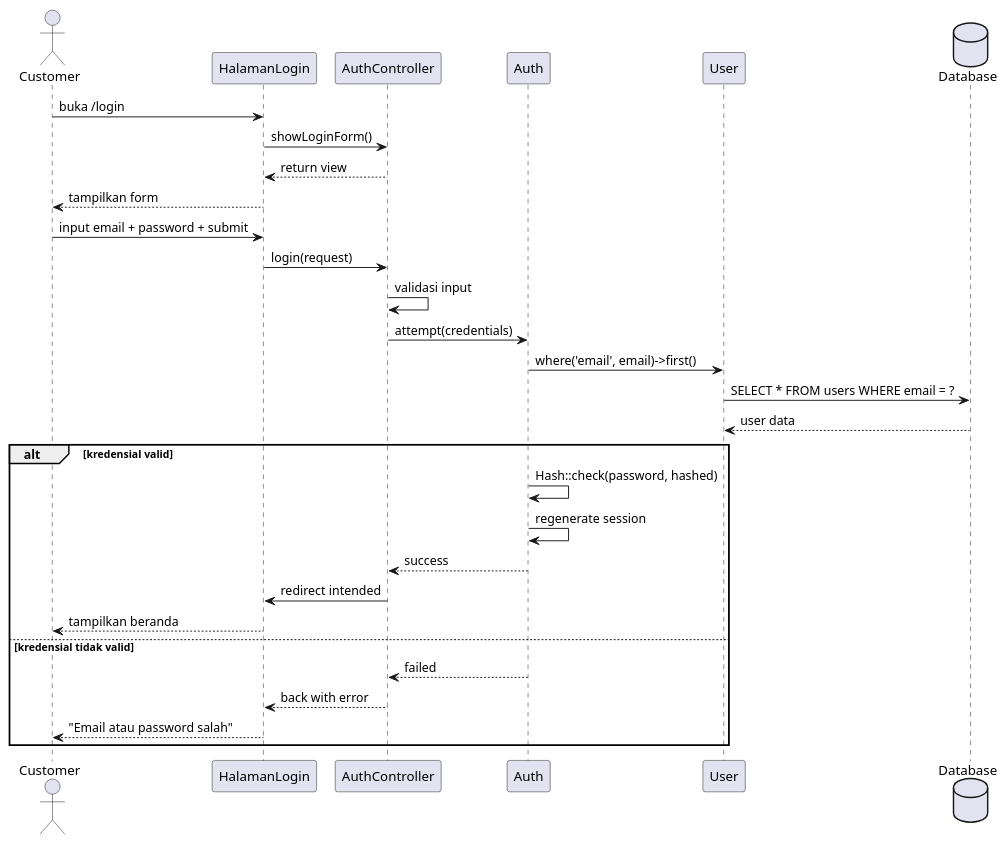
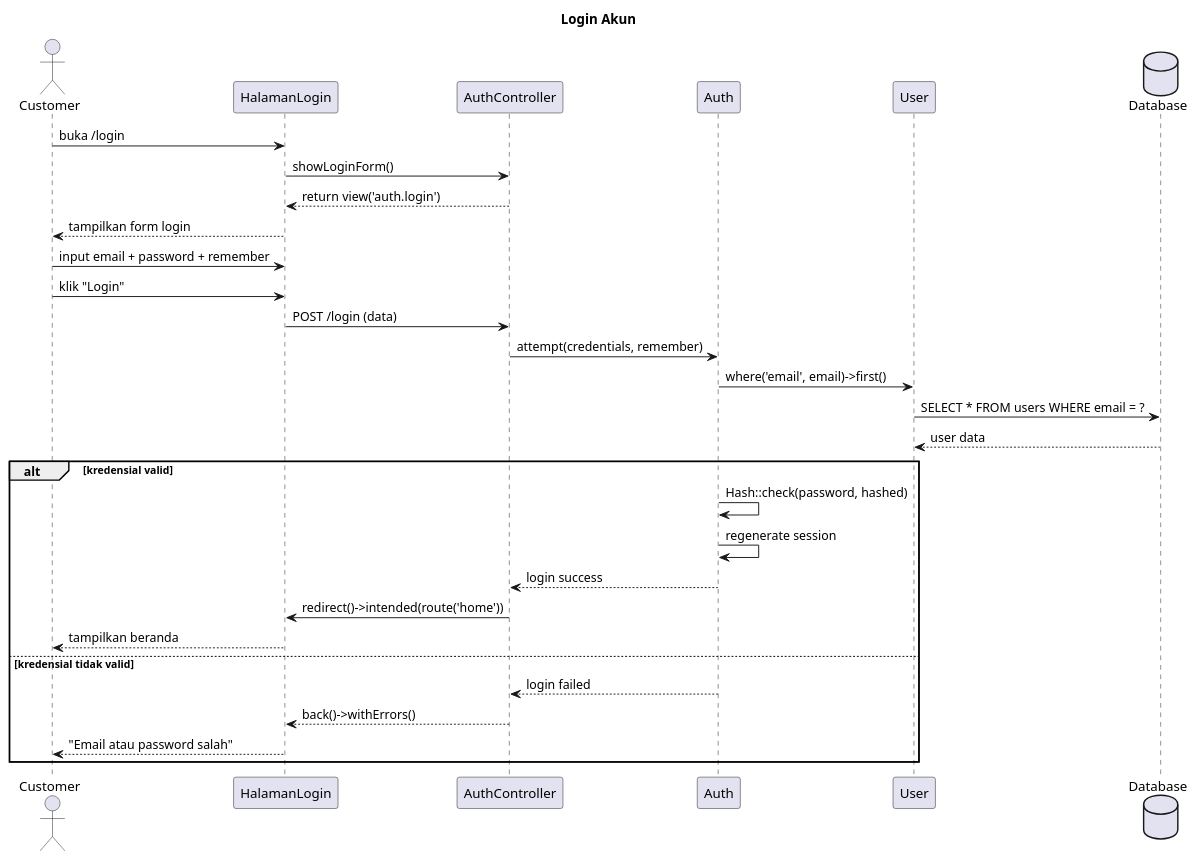
The second of 10 diagrams in DPPL.md (notsorcerer/ABP-WEB), drawn with PlantUML before and after one commit. The commit also changed other lines of this file and 1 other file, not shown here.

````diff
--- a/DPPL.md
+++ b/DPPL.md
@@ -1116,36 +1079,38 @@
 ```plantuml
 @startuml
+title Login Akun
+
 actor Customer
 participant "HalamanLogin" as UI
 participant "AuthController" as C
 participant "Auth" as A
 participant "User" as M
 database "Database" as DB
 
 Customer -> UI : buka /login
 UI -> C : showLoginForm()
-C --> UI : return view
-UI --> Customer : tampilkan form
+C --> UI : return view('auth.login')
+UI --> Customer : tampilkan form login
 
-Customer -> UI : input email + password + submit
-UI -> C : login(request)
+Customer -> UI : input email + password + remember
+Customer -> UI : klik "Login"
+UI -> C : POST /login (data)
 
-C -> C : validasi input
-C -> A : attempt(credentials)
+C -> A : attempt(credentials, remember)
 A -> M : where('email', email)->first()
 M -> DB : SELECT * FROM users WHERE email = ?
 DB --> M : user data
 
 alt kredensial valid
   A -> A : Hash::check(password, hashed)
   A -> A : regenerate session
-  A --> C : success
-  C -> UI : redirect intended
+  A --> C : login success
+  C -> UI : redirect()->intended(route('home'))
   UI --> Customer : tampilkan beranda
 else kredensial tidak valid
-  A --> C : failed
-  C --> UI : back with error
+  A --> C : login failed
+  C --> UI : back()->withErrors()
   UI --> Customer : "Email atau password salah"
 end
 @enduml
 ```
````
